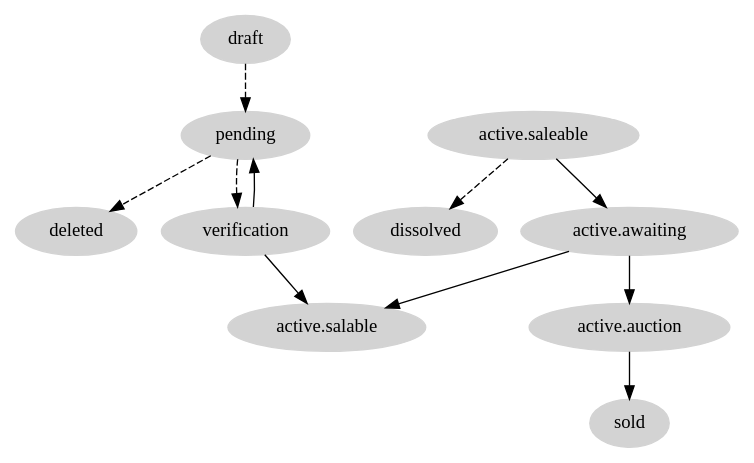
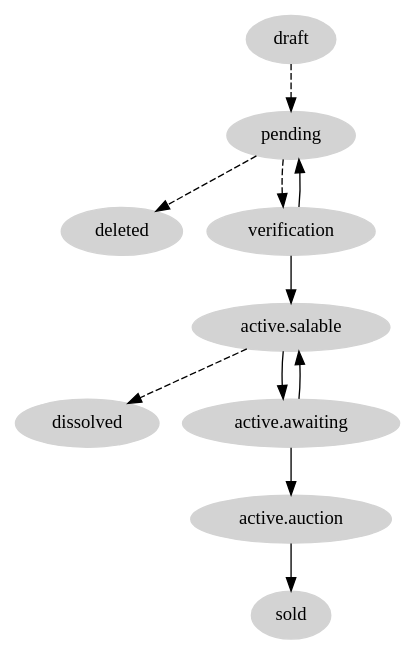
Before and after one commit to yevheniimoroziuk/openregistry.lots.loki: the diagram in docs/source/lotsWorkflow.rst, drawn with Graphviz.

Commit message:
Correct diagram (#24)
* Correct diagram

* Correct diagram

```diff
--- a/docs/source/lotsWorkflow.rst
+++ b/docs/source/lotsWorkflow.rst
@@ -6,25 +6,25 @@
 .. graphviz::
 
     digraph G {
             node [style=filled, color=lightgrey];
             edge[style=dashed];
             "draft" -> "pending";
             edge[style=dashed]
             "pending" -> "deleted";
             edge[style=dashed];
             "pending" -> "verification";
             edge[style=solid];
             "verification" -> "pending";
             edge[style=solid];
             "verification" -> "active.salable";
             edge[style=dashed];
-            "active.saleable" -> "dissolved";
+            "active.salable" -> "dissolved";
             edge[style=solid];
-            "active.saleable" -> "active.awaiting";
+            "active.salable" -> "active.awaiting";
             edge[style=solid];
             "active.awaiting" -> "active.salable";
             edge[style=solid];
             "active.awaiting" -> "active.auction";
             edge[style=solid];
             "active.auction" -> "sold";
     }
```
